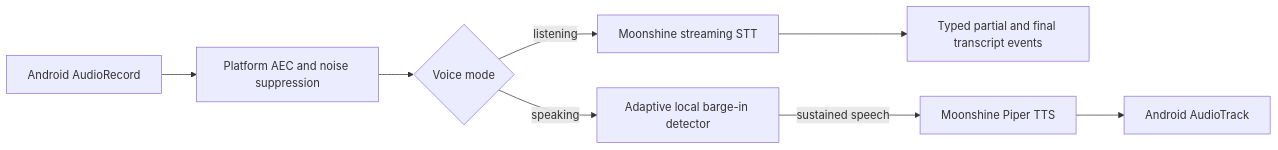
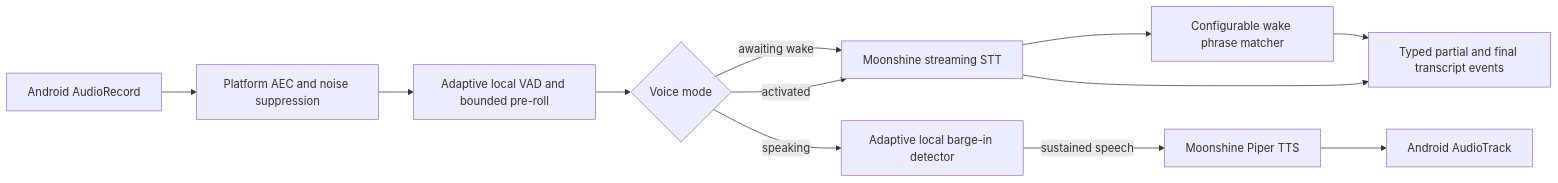
One commit to TokitoAI/tokito-app changed the diagram in docs/VOICE_RUNTIME.md. Above: the diagram before and after it, drawn with Mermaid. The commit also changed other lines of this file and 13 other files, not shown here.

Commit message:
feat: add local wake activation and VAD (#18)

````diff
--- a/docs/VOICE_RUNTIME.md
+++ b/docs/VOICE_RUNTIME.md
@@ -23,17 +28,20 @@
 ```mermaid
 flowchart LR
     Mic[Android AudioRecord]
     AEC[Platform AEC and noise suppression]
+    VAD[Adaptive local VAD and bounded pre-roll]
+    Wake[Configurable wake phrase matcher]
     Mode{Voice mode}
     STT[Moonshine streaming STT]
     Events[Typed partial and final transcript events]
     TTS[Moonshine Piper TTS]
     Speaker[Android AudioTrack]
-    VAD[Adaptive local barge-in detector]
+    Barge[Adaptive local barge-in detector]
 
-    Mic --> AEC --> Mode
-    Mode -->|listening| STT --> Events
-    Mode -->|speaking| VAD
+    Mic --> AEC --> VAD --> Mode
+    Mode -->|awaiting wake| STT --> Wake --> Events
+    Mode -->|activated| STT --> Events
+    Mode -->|speaking| Barge
     TTS --> Speaker
-    VAD -->|sustained speech| TTS
+    Barge -->|sustained speech| TTS
 ```
````
